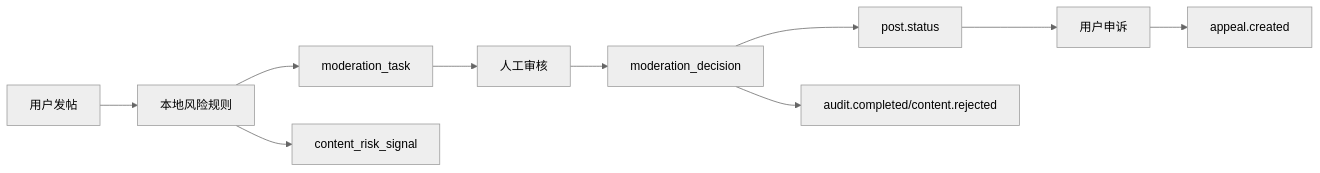
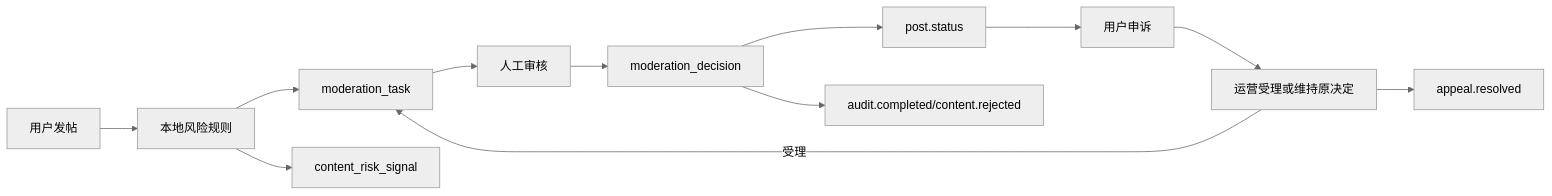
Before and after one commit to wangyufanshuai/DevCircle: the diagram in docs/governance-platform.md, drawn with Mermaid (neutral theme). The commit also changed other lines of this file and 12 other files, not shown here.

````diff
--- a/docs/governance-platform.md
+++ b/docs/governance-platform.md
@@ -16,12 +16,14 @@
 ```mermaid
 flowchart LR
   Publish["用户发帖"] --> Risk["本地风险规则"]
   Risk --> Task["moderation_task"]
   Risk --> Signal["content_risk_signal"]
   Task --> Admin["人工审核"]
   Admin --> Decision["moderation_decision"]
   Decision --> Post["post.status"]
   Decision --> Outbox["audit.completed/content.rejected"]
   Post --> Appeal["用户申诉"]
-  Appeal --> Outbox2["appeal.created"]
+  Appeal --> AppealReview["运营受理或维持原决定"]
+  AppealReview -->|受理| Task
+  AppealReview --> Outbox2["appeal.resolved"]
 ```
````
